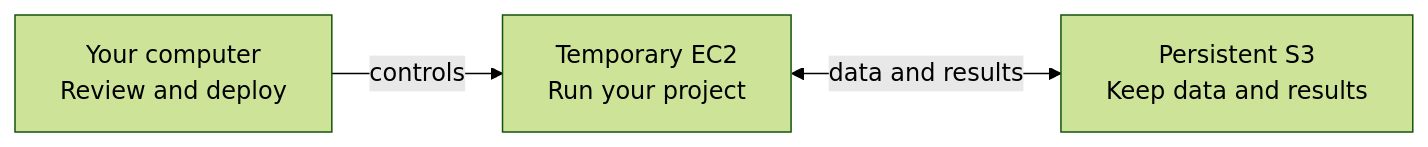
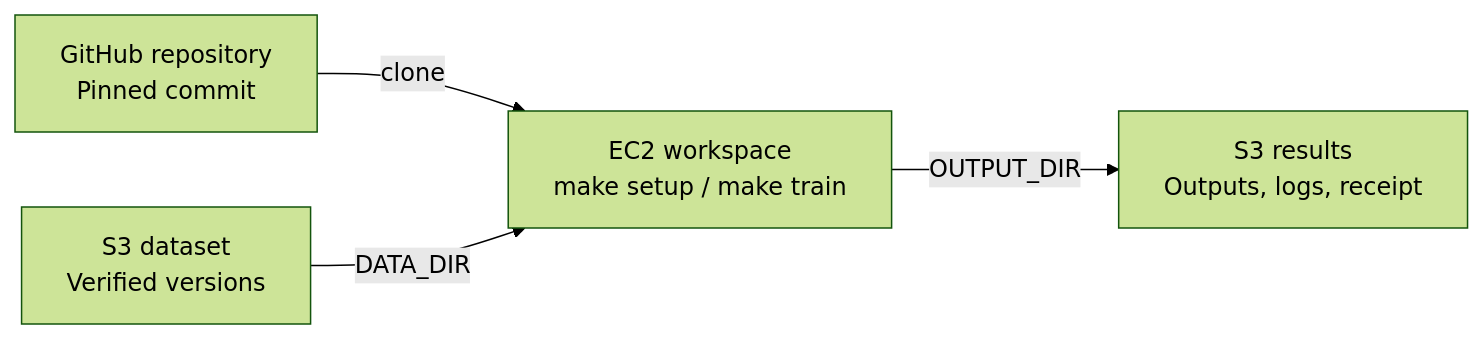
Before and after one commit to Bboissen/ml-deployer: the first of 2 diagrams in README.md, drawn with Mermaid (forest theme). The commit also changed other lines of this file, not shown here.

Commit message:
docs: explain workload data flow and guarded deployment phases

````diff
--- a/README.md
+++ b/README.md
@@ -67,5 +68,6 @@
 ```mermaid
 flowchart LR
-    local["Your computer<br/>Review and deploy"] -->|controls| compute["Temporary EC2<br/>Run your project"]
-    compute <-->|data and results| storage["Persistent S3<br/>Keep data and results"]
+    repo["GitHub repository<br/>Pinned commit"] -->|clone| compute["EC2 workspace<br/>make setup / make train"]
+    data["S3 dataset<br/>Verified versions"] -->|DATA_DIR| compute
+    compute -->|OUTPUT_DIR| results["S3 results<br/>Outputs, logs, receipt"]
 ```
````
